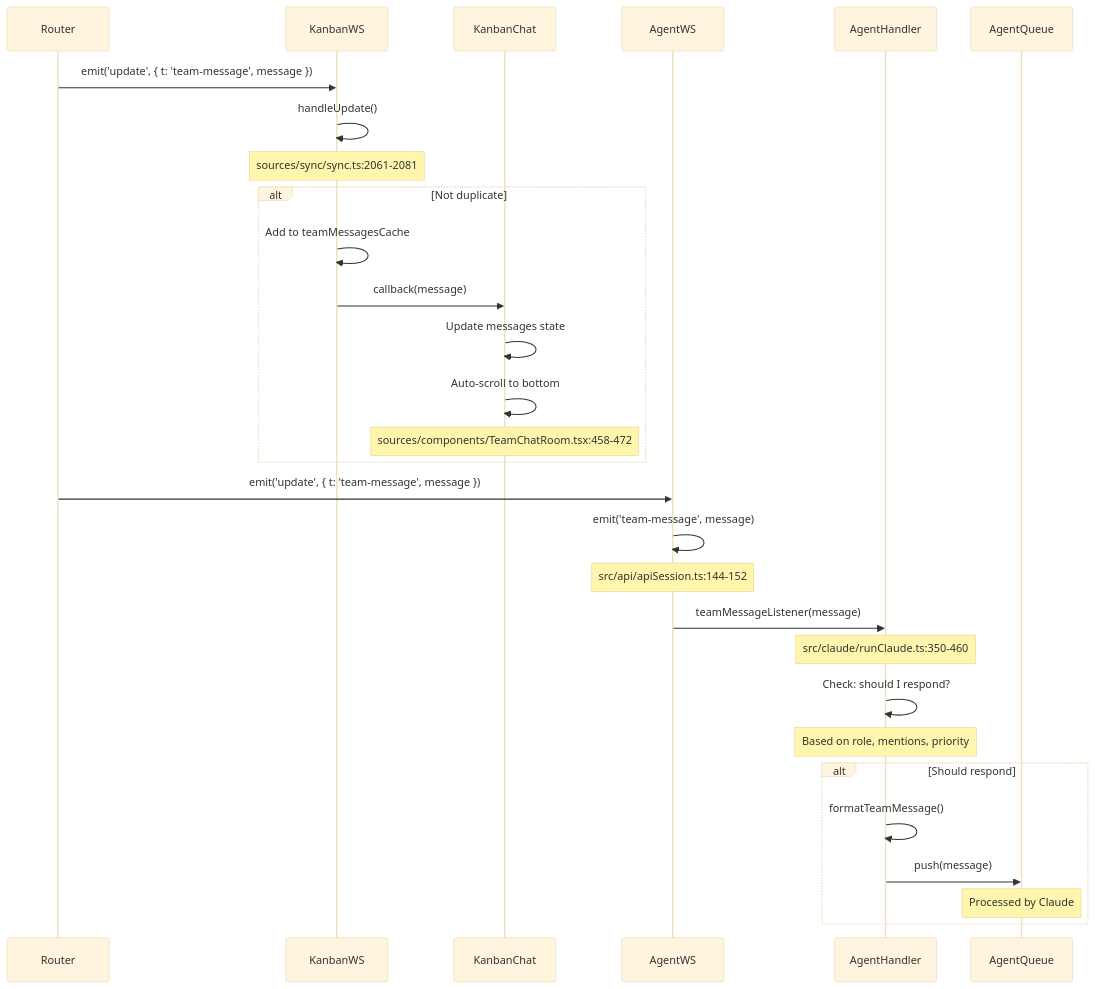
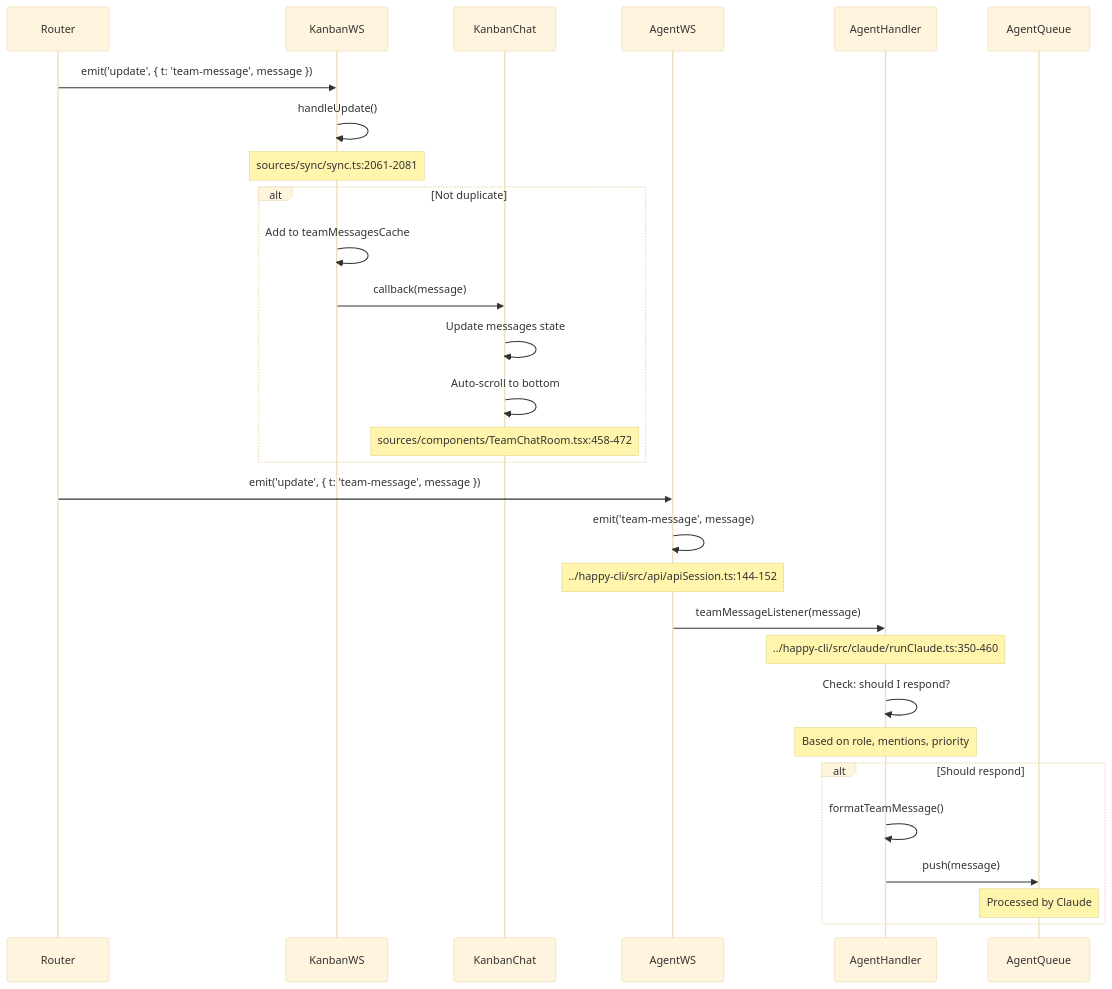
The third of 12 diagrams in TEAM_MESSAGING_ANALYSIS.md (Mozart-Orchestra/aha-client), drawn with Mermaid (base theme) before and after one commit. The commit also changed other lines of this file and 13 other files, not shown here.

````diff
--- a/TEAM_MESSAGING_ANALYSIS.md
+++ b/TEAM_MESSAGING_ANALYSIS.md
@@ -113,38 +113,38 @@
 ```mermaid
 sequenceDiagram
     participant Router
     participant KanbanWS
     participant KanbanChat
     participant AgentWS
     participant AgentHandler
     participant AgentQueue
     
     Router->>KanbanWS: emit('update', { t: 'team-message', message })
     KanbanWS->>KanbanWS: handleUpdate()
     Note over KanbanWS: sources/sync/sync.ts:2061-2081
     
     alt Not duplicate
         KanbanWS->>KanbanWS: Add to teamMessagesCache
         KanbanWS->>KanbanChat: callback(message)
         
         KanbanChat->>KanbanChat: Update messages state
         KanbanChat->>KanbanChat: Auto-scroll to bottom
         Note over KanbanChat: sources/components/TeamChatRoom.tsx:458-472
     end
     
     Router->>AgentWS: emit('update', { t: 'team-message', message })
     AgentWS->>AgentWS: emit('team-message', message)
-    Note over AgentWS: src/api/apiSession.ts:144-152
-    
+    Note over AgentWS: ../happy-cli/src/api/apiSession.ts:144-152
+
     AgentWS->>AgentHandler: teamMessageListener(message)
-    Note over AgentHandler: src/claude/runClaude.ts:350-460
+    Note over AgentHandler: ../happy-cli/src/claude/runClaude.ts:350-460
     
     AgentHandler->>AgentHandler: Check: should I respond?
     Note over AgentHandler: Based on role, mentions, priority
     
     alt Should respond
         AgentHandler->>AgentHandler: formatTeamMessage()
         AgentHandler->>AgentQueue: push(message)
         Note over AgentQueue: Processed by Claude
     end
 ```
````
